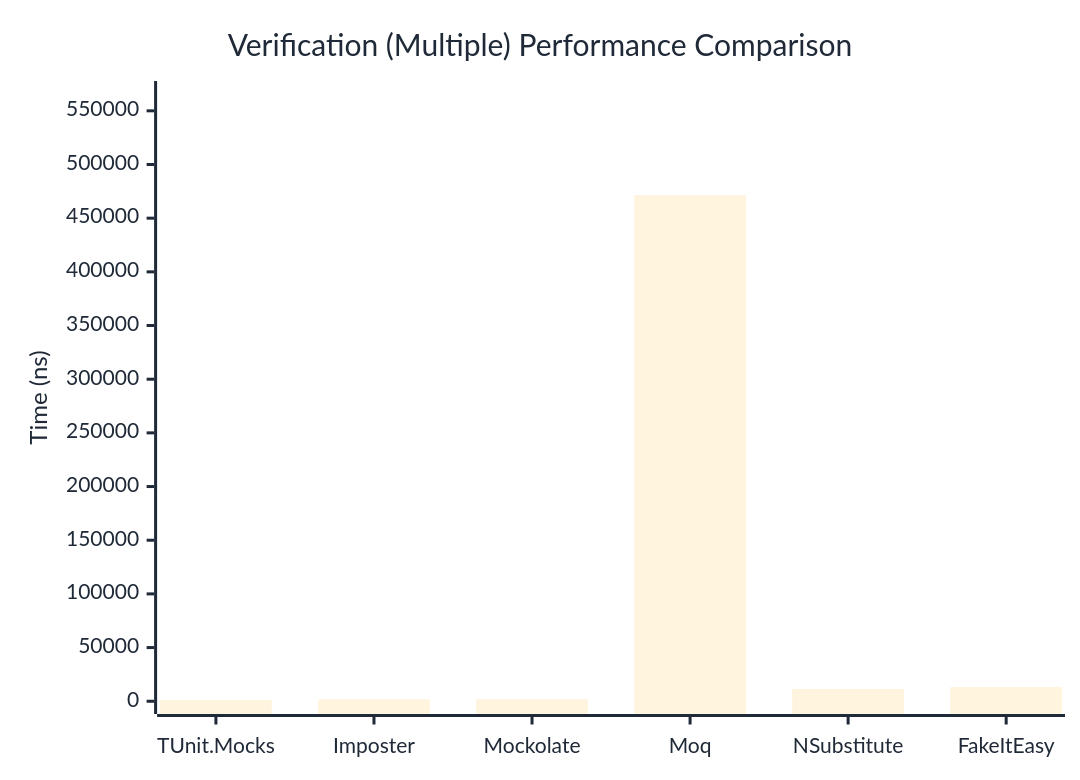
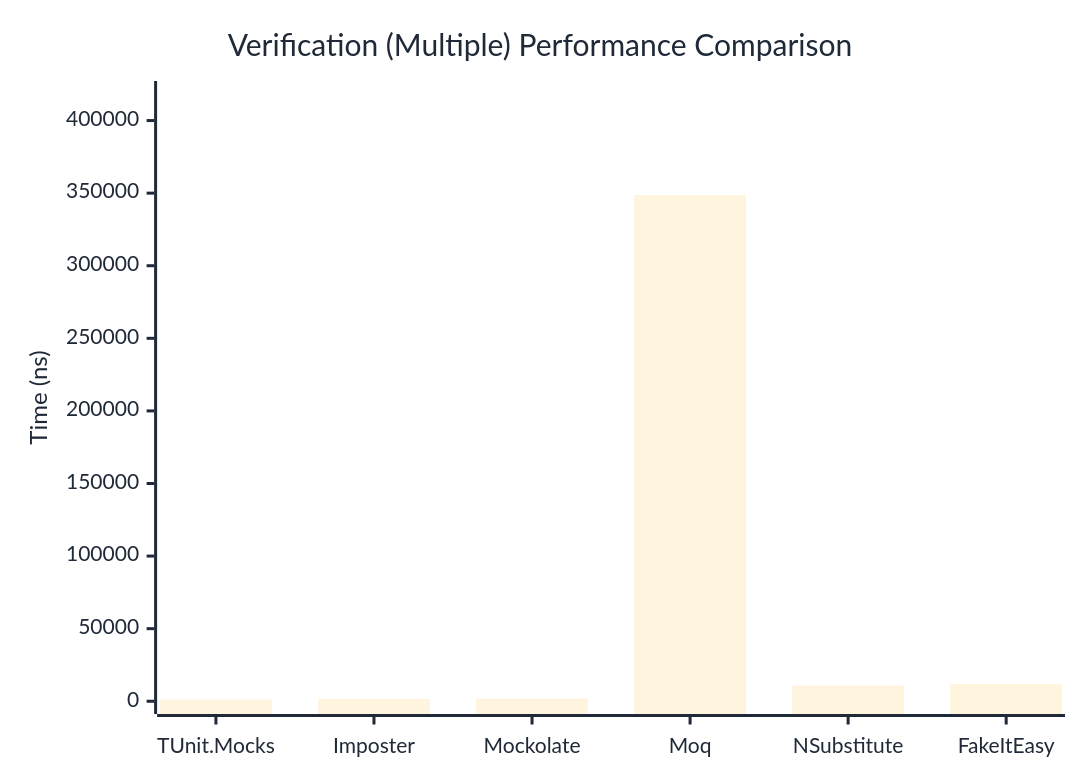
One commit to thomhurst/TUnit changed the third of 3 diagrams in docs/docs/benchmarks/mocks/Verification.md. Above: the diagram before and after it, drawn with Mermaid. The commit also changed other lines of this file and 14 other files, not shown here.

````diff
--- a/docs/docs/benchmarks/mocks/Verification.md
+++ b/docs/docs/benchmarks/mocks/Verification.md
@@ -110,27 +110,27 @@
 ```mermaid
 %%{init: {
   'theme':'base',
   'themeVariables': {
     'primaryColor': '#2563eb',
     'primaryTextColor': '#1f2937',
     'primaryBorderColor': '#1e40af',
     'lineColor': '#6b7280',
     'secondaryColor': '#7c3aed',
     'tertiaryColor': '#dc2626',
     'background': '#ffffff',
     'pie1': '#2563eb',
     'pie2': '#7c3aed',
     'pie3': '#dc2626',
     'pie4': '#f59e0b',
     'pie5': '#10b981',
     'pie6': '#06b6d4',
     'pie7': '#ec4899',
     'pie8': '#6366f1'
   }
 }}%%
 xychart-beta
   title "Verification (Multiple) Performance Comparison"
   x-axis ["TUnit.Mocks", "Imposter", "Mockolate", "Moq", "NSubstitute", "FakeItEasy"]
-  y-axis "Time (ns)" 0 --> 565904
-  bar [1133.94, 1888.49, 1846.36, 471586.64, 11546.98, 13260.04]
+  y-axis "Time (ns)" 0 --> 418462
+  bar [1158, 1671.45, 1815.45, 348717.86, 10771.87, 11871.86]
 ```
````
